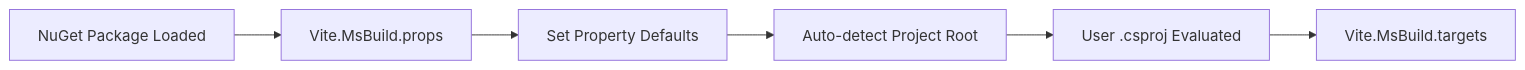
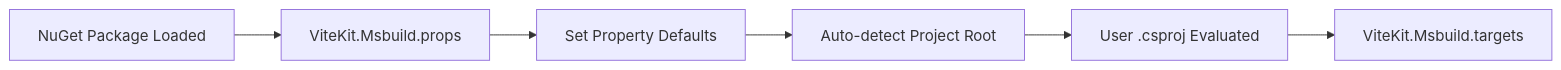
One commit to DigitalParadox/Vite.MsBuild changed the second of 22 diagrams in docs/architecture/process-flow.md. Above: the diagram before and after it, drawn with Mermaid. The commit also changed other lines of this file and 38 other files, not shown here.

First line of the commit message:
refactor: rename Vite.MsBuild to ViteKit.Msbuild across documentation

````diff
--- a/docs/architecture/process-flow.md
+++ b/docs/architecture/process-flow.md
@@ -34,8 +34,8 @@
 ```mermaid
 graph LR
-    A[NuGet Package Loaded] --> B[Vite.MsBuild.props]
+    A[NuGet Package Loaded] --> B[ViteKit.Msbuild.props]
     B --> C[Set Property Defaults]
     C --> D[Auto-detect Project Root]
     D --> E[User .csproj Evaluated]
-    E --> F[Vite.MsBuild.targets]
+    E --> F[ViteKit.Msbuild.targets]
 ```
````
